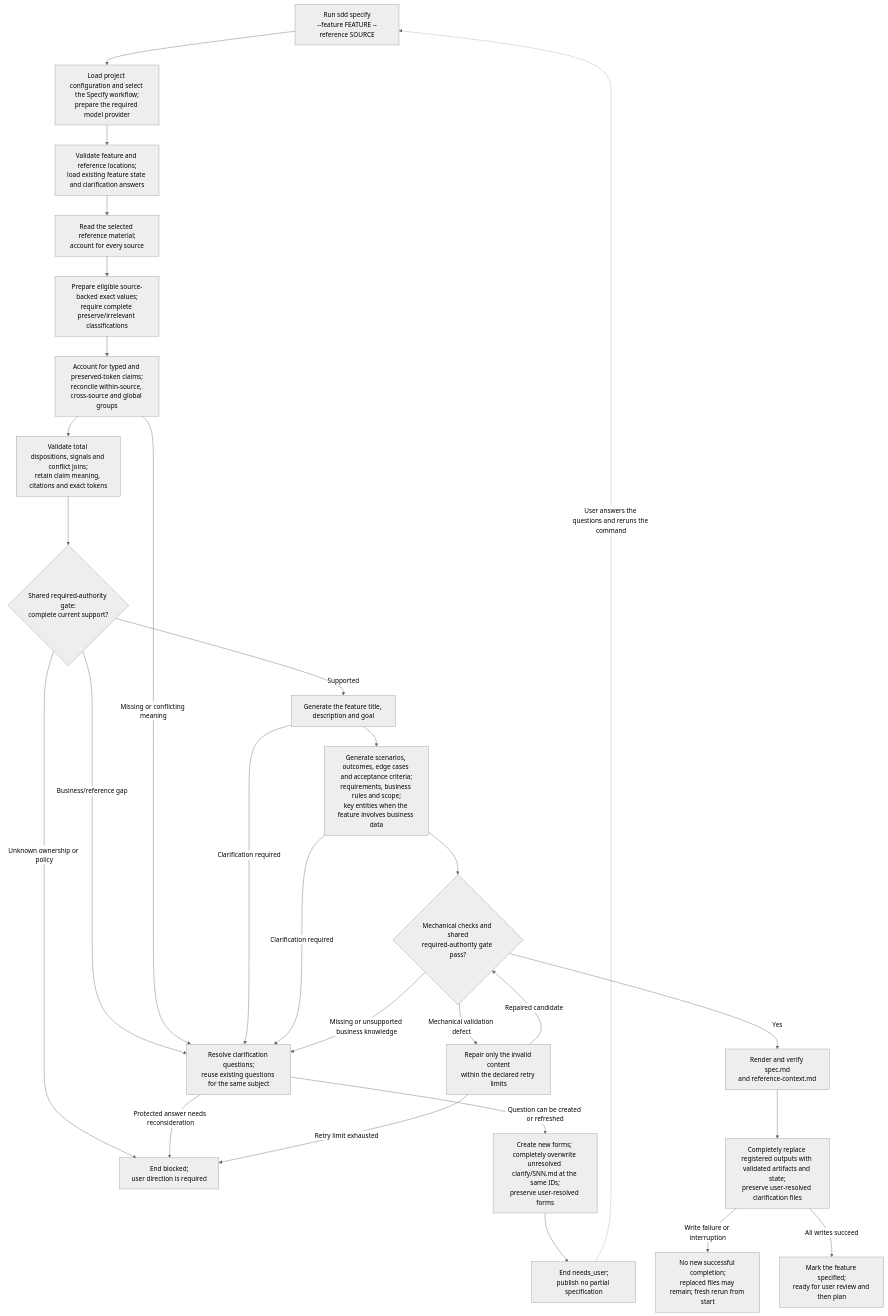
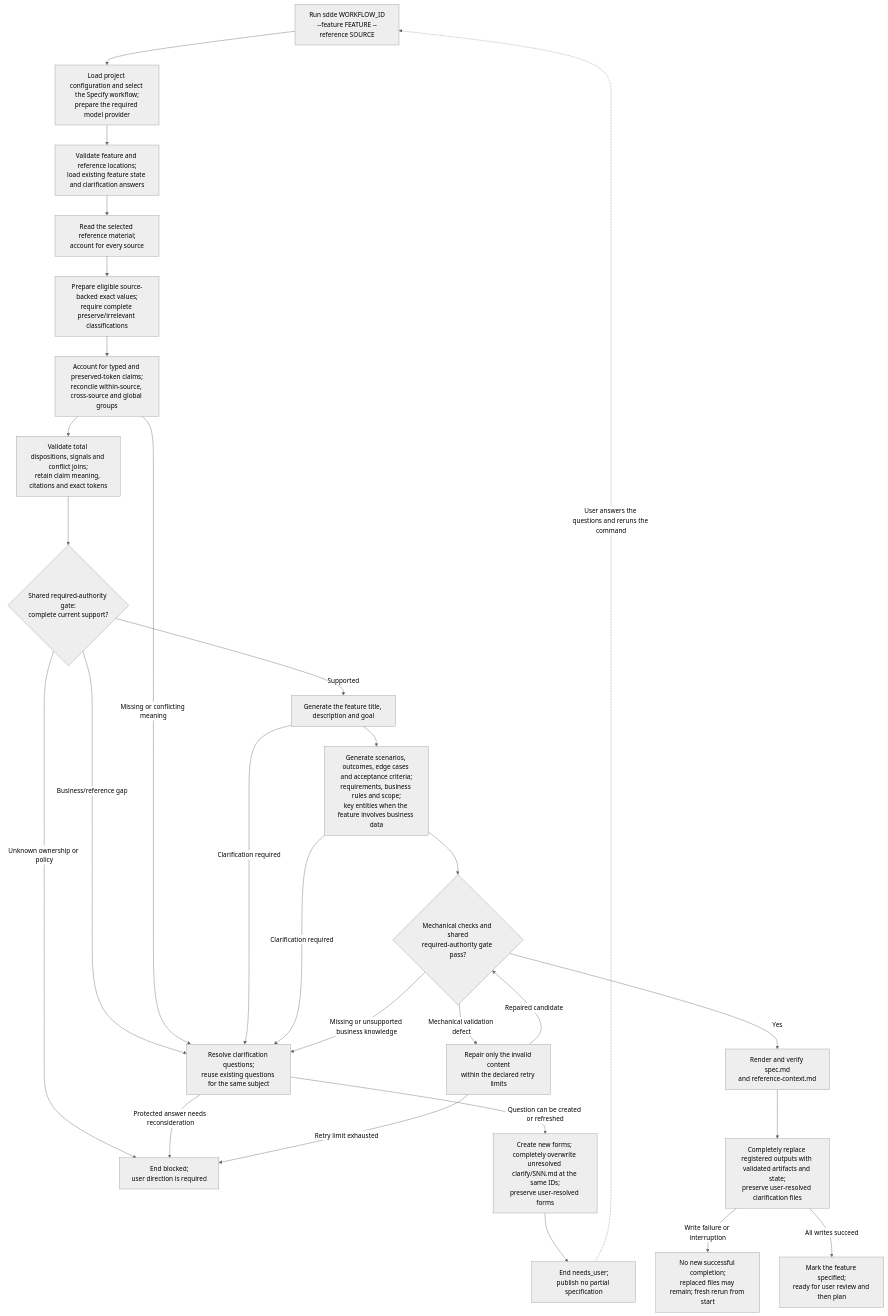
Before and after one commit to littledespot/sdde: the first of 2 diagrams in design/diagrams/10-spec-workflow.md, drawn with Mermaid (neutral theme). The commit also changed other lines of this file and 99 other files, not shown here.

````diff
--- a/design/diagrams/10-spec-workflow.md
+++ b/design/diagrams/10-spec-workflow.md
@@ -3,35 +3,35 @@
 ```mermaid
 flowchart TD
-    START["Run sdd specify<br/>--feature FEATURE --reference SOURCE"]
+    START["Run sdde WORKFLOW_ID<br/>--feature FEATURE --reference SOURCE"]
     START --> SETUP["Load project configuration and select the Specify workflow;<br/>prepare the required model provider"]
     SETUP --> INPUTS["Validate feature and reference locations;<br/>load existing feature state and clarification answers"]
     INPUTS --> READ["Read the selected reference material;<br/>account for every source"]
     READ --> EXACT["Prepare eligible source-backed exact values;<br/>require complete preserve/irrelevant classifications"]
     EXACT --> UNDERSTAND["Account for typed and preserved-token claims;<br/>reconcile within-source, cross-source and global groups"]
     UNDERSTAND --> RECONCILED["Validate total dispositions, signals and conflict joins;<br/>retain claim meaning, citations and exact tokens"]
     RECONCILED --> AUTH{"Shared required-authority gate:<br/>complete current support?"}
     AUTH -->|Supported| BRIEF["Generate the feature title, description and goal"]
     AUTH -->|Business/reference gap| CLARIFY
     AUTH -->|Unknown ownership or policy| BLOCKED
     BRIEF --> SPEC["Generate scenarios, outcomes, edge cases and acceptance criteria;<br/>requirements, business rules and scope;<br/>key entities when the feature involves business data"]
     SPEC --> CHECK{"Mechanical checks and shared<br/>required-authority gate pass?"}
 
     CHECK -->|Yes| RENDER["Render and verify spec.md<br/>and reference-context.md"]
     RENDER --> PUBLISH["Completely replace registered outputs with validated artifacts and state;<br/>preserve user-resolved clarification files"]
     PUBLISH -->|All writes succeed| DONE["Mark the feature specified;<br/>ready for user review and then plan"]
     PUBLISH -->|Write failure or interruption| WRITEFAIL["No new successful completion;<br/>replaced files may remain; fresh rerun from start"]
 
     UNDERSTAND -->|Missing or conflicting meaning| CLARIFY
     BRIEF -->|Clarification required| CLARIFY
     SPEC -->|Clarification required| CLARIFY
     CHECK -->|Missing or unsupported business knowledge| CLARIFY
     CLARIFY["Resolve clarification questions;<br/>reuse existing questions for the same subject"]
     CLARIFY -->|Protected answer needs reconsideration| BLOCKED["End blocked;<br/>user direction is required"]
     CLARIFY -->|Question can be created or refreshed| QUESTIONS["Create new forms; completely overwrite unresolved clarify/SNN.md at the same IDs;<br/>preserve user-resolved forms"]
     QUESTIONS --> NEEDSUSER["End needs_user;<br/>publish no partial specification"]
     NEEDSUSER -. User answers the questions and reruns the command .-> START
 
     CHECK -->|Mechanical validation defect| REPAIR["Repair only the invalid content<br/>within the declared retry limits"]
     REPAIR -->|Repaired candidate| CHECK
     REPAIR -->|Retry limit exhausted| BLOCKED
 ```
````
